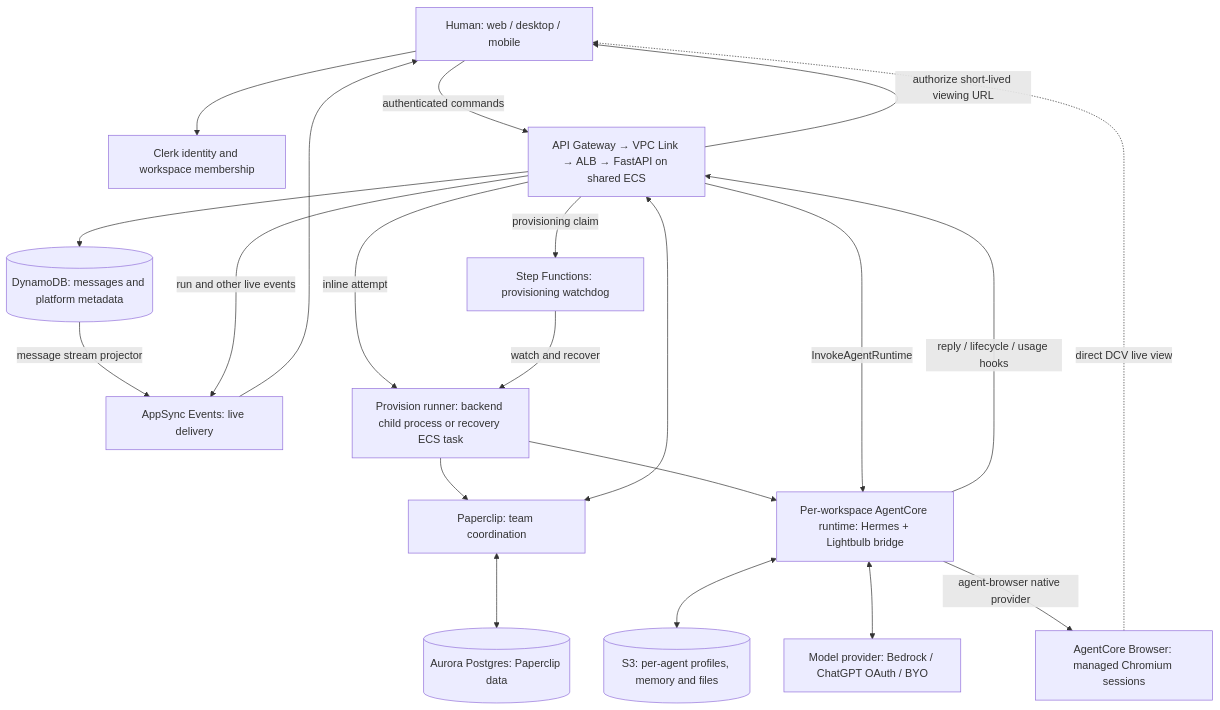
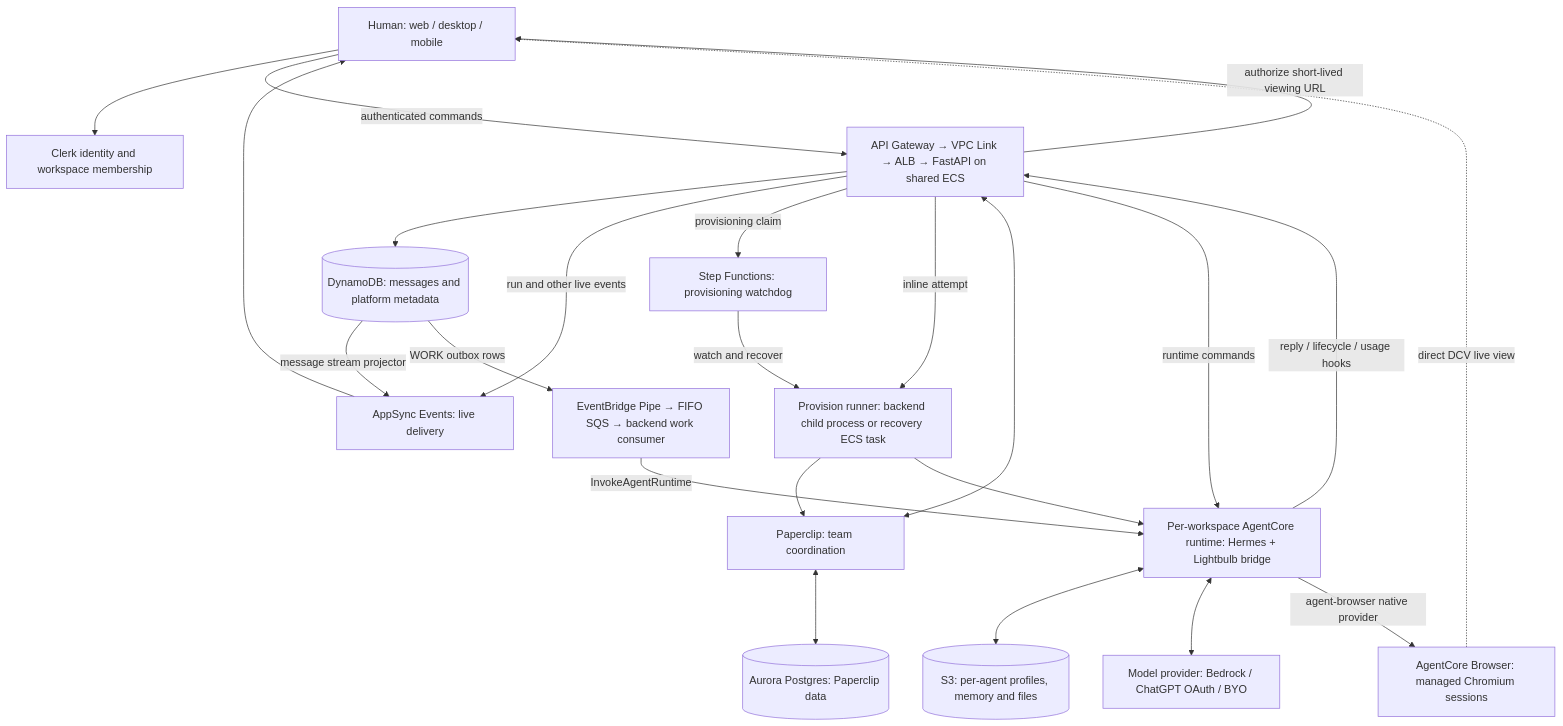
One commit to TheLightbulbCompany/lightbulb changed the diagram in docs/architecture/current-system.md. Above: the diagram before and after it, drawn with Mermaid. The commit also changed other lines of this file and 1 other file, not shown here.

Commit message:
docs: render architecture diagram without GitHub Mermaid dependency

````diff
--- a/docs/architecture/current-system.md
+++ b/docs/architecture/current-system.md
@@ -7,37 +12,40 @@
 ```mermaid
 flowchart TD
     Human[Human: web / desktop / mobile]
     Clerk[Clerk identity and workspace membership]
     API[API Gateway → VPC Link → ALB → FastAPI on shared ECS]
     DDB[(DynamoDB: messages and platform metadata)]
     Events[AppSync Events: live delivery]
+    Work[EventBridge Pipe → FIFO SQS → backend work consumer]
     SFN[Step Functions: provisioning watchdog]
     Provision[Provision runner: backend child process or recovery ECS task]
     Paperclip[Paperclip: team coordination]
     Aurora[(Aurora Postgres: Paperclip data)]
     Runtime[Per-workspace AgentCore runtime: Hermes + Lightbulb bridge]
     S3[(S3: per-agent profiles, memory and files)]
     Model[Model provider: Bedrock / ChatGPT OAuth / BYO]
     Browser[AgentCore Browser: managed Chromium sessions]
 
     Human --> Clerk
     Human -->|authenticated commands| API
     API --> DDB
     DDB -->|message stream projector| Events
     API -->|run and other live events| Events
     Events --> Human
     API -->|provisioning claim| SFN
     API -->|inline attempt| Provision
     SFN -->|watch and recover| Provision
     Provision --> Paperclip
     Provision --> Runtime
     API <--> Paperclip
     Paperclip <--> Aurora
-    API -->|InvokeAgentRuntime| Runtime
+    DDB -->|WORK outbox rows| Work
+    Work -->|InvokeAgentRuntime| Runtime
+    API -->|runtime commands| Runtime
     Runtime -->|reply / lifecycle / usage hooks| API
     Runtime <--> S3
     Runtime <--> Model
     Runtime -->|agent-browser native provider| Browser
     API -->|authorize short-lived viewing URL| Human
     Browser -.->|direct DCV live view| Human
 ```
````
